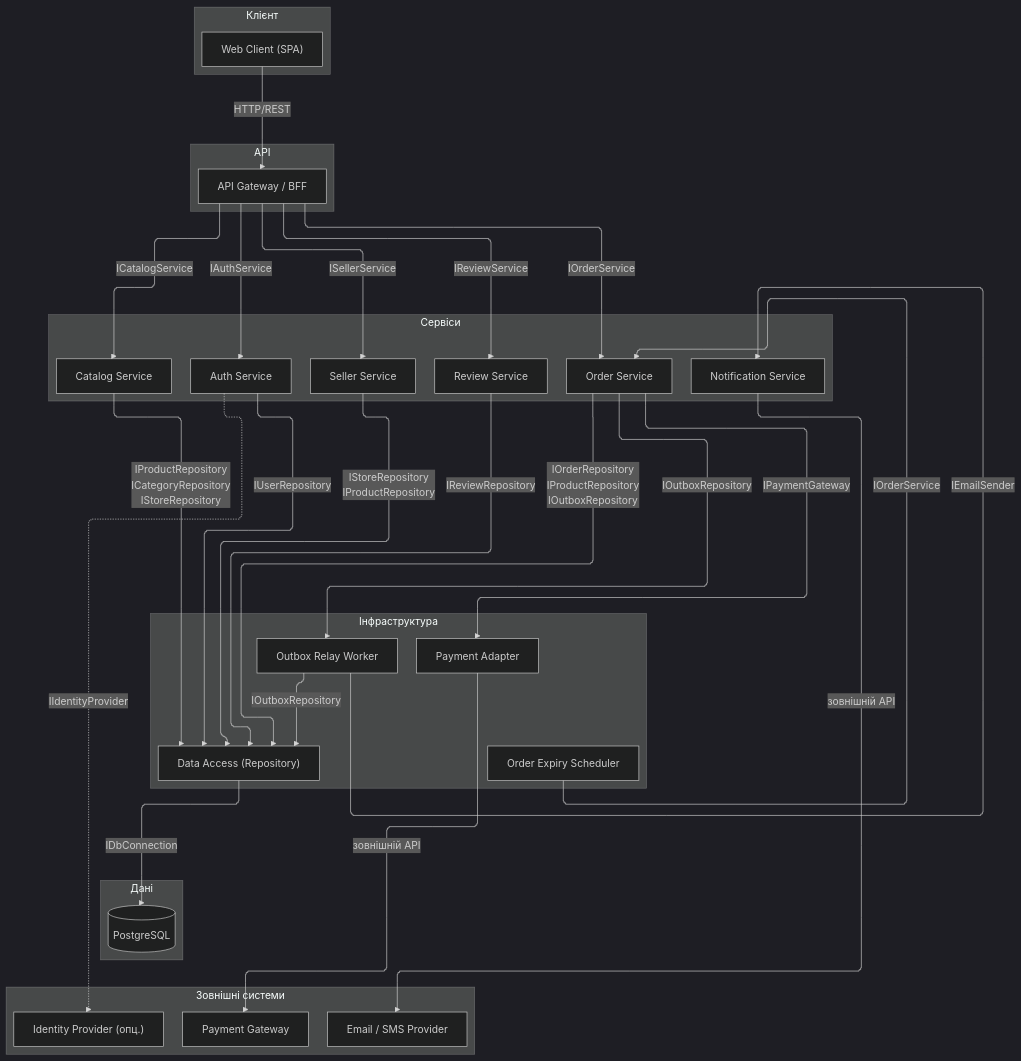
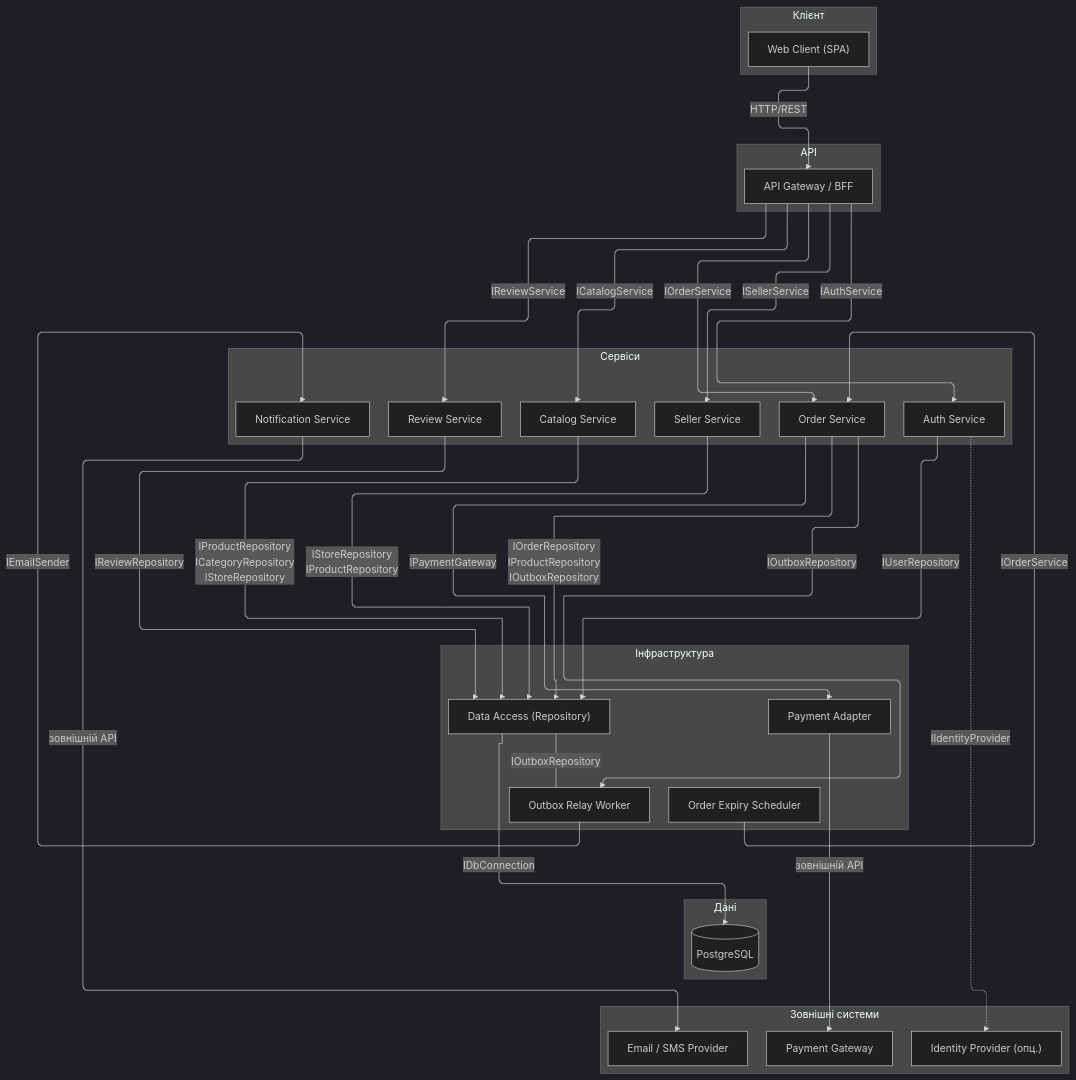
One commit to Stefect/Modeling-and-Analysis-of-Software-Requirements changed the diagram in task-5/component.md. Above: the diagram before and after it, drawn with Mermaid (dark theme). The commit also changed other lines of this file, not shown here.

Commit message:
refactor: зворотна стрілка DataAccess <--- OutboxRelay, direction LR в Infra

````diff
--- a/task-5/component.md
+++ b/task-5/component.md
@@ -9,5 +9,5 @@
 ```mermaid
-%%{init: {"flowchart": {"defaultRenderer": "elk", "curve": "step", "nodeSpacing": 90, "rankSpacing": 70}}}%%
+%%{init: {"flowchart": {"defaultRenderer": "elk", "curve": "step", "nodeSpacing": 60, "rankSpacing": 70}}}%%
 flowchart TB
     %% --- Шари (Оголошення блоків) ---
     subgraph Client["Клієнт"]
@@ -28,7 +28,8 @@
     end
 
     subgraph Infra["Інфраструктура"]
-        %% Оголошуємо DataAccess першим, щоб він був найдоступнішим для стрілок згори
+        %% Змушуємо інфраструктуру компонуватися в ширину, а не в висоту
+        direction LR
         DataAccess["Data Access (Repository)"]
         PaymentAdapter["Payment Adapter"]
         OutboxRelay["Outbox Relay Worker"]
@@ -76,7 +77,9 @@
     ReviewService -->|IReviewRepository| DataAccess
 
     %% --- Зв'язки Інфраструктури ---
-    OutboxRelay -->|IOutboxRepository| DataAccess
+    %% ОСЬ ГОЛОВНИЙ ХАК: Стрілка написана задом наперед, щоб Data Access сплив наверх!
+    DataAccess <---|IOutboxRepository| OutboxRelay
+
     OutboxRelay -->|IEmailSender| NotificationService
 
     ExpiryScheduler -->|IOrderService| OrderService
````
